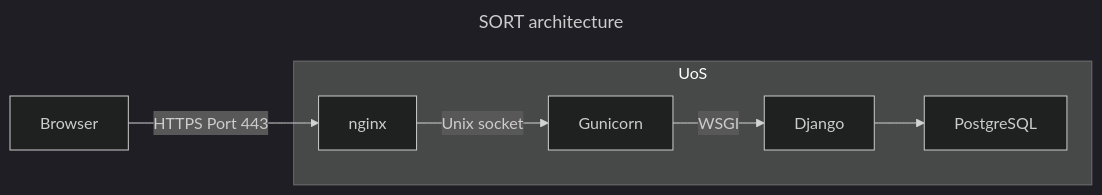
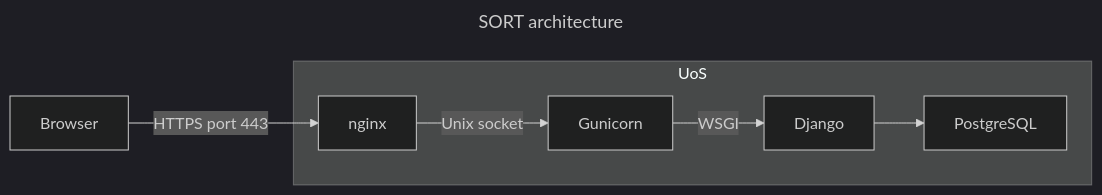
Before and after one commit to RSE-Sheffield/SORT: the diagram in docs/deployment.md, drawn with Mermaid (dark theme). The commit also changed other lines of this file and 5 other files, not shown here.

````diff
--- a/docs/deployment.md
+++ b/docs/deployment.md
@@ -5,12 +5,12 @@
 ```mermaid
 ---
 title: SORT architecture
 ---
 flowchart LR
-Browser -- "HTTPS Port 443" --> nginx
+Browser -- "HTTPS port 443" --> nginx
 subgraph UoS
 nginx -- "Unix socket" --> Gunicorn
 Gunicorn -- "WSGI" --> Django
 Django --> PostgreSQL
 end
 ```
````
